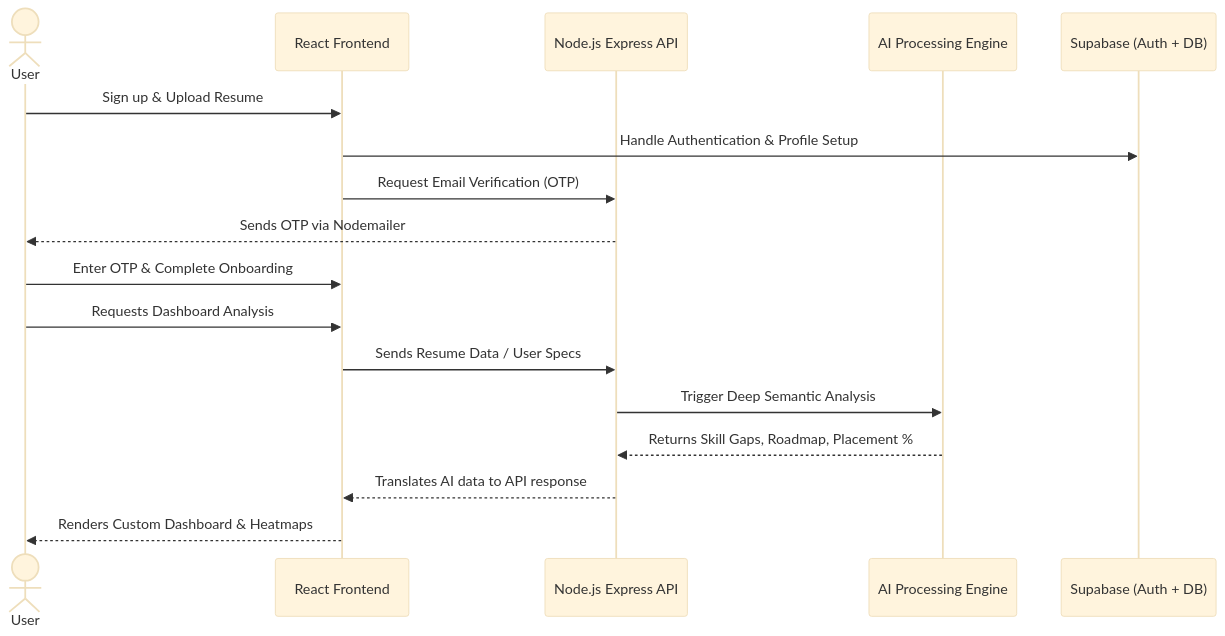
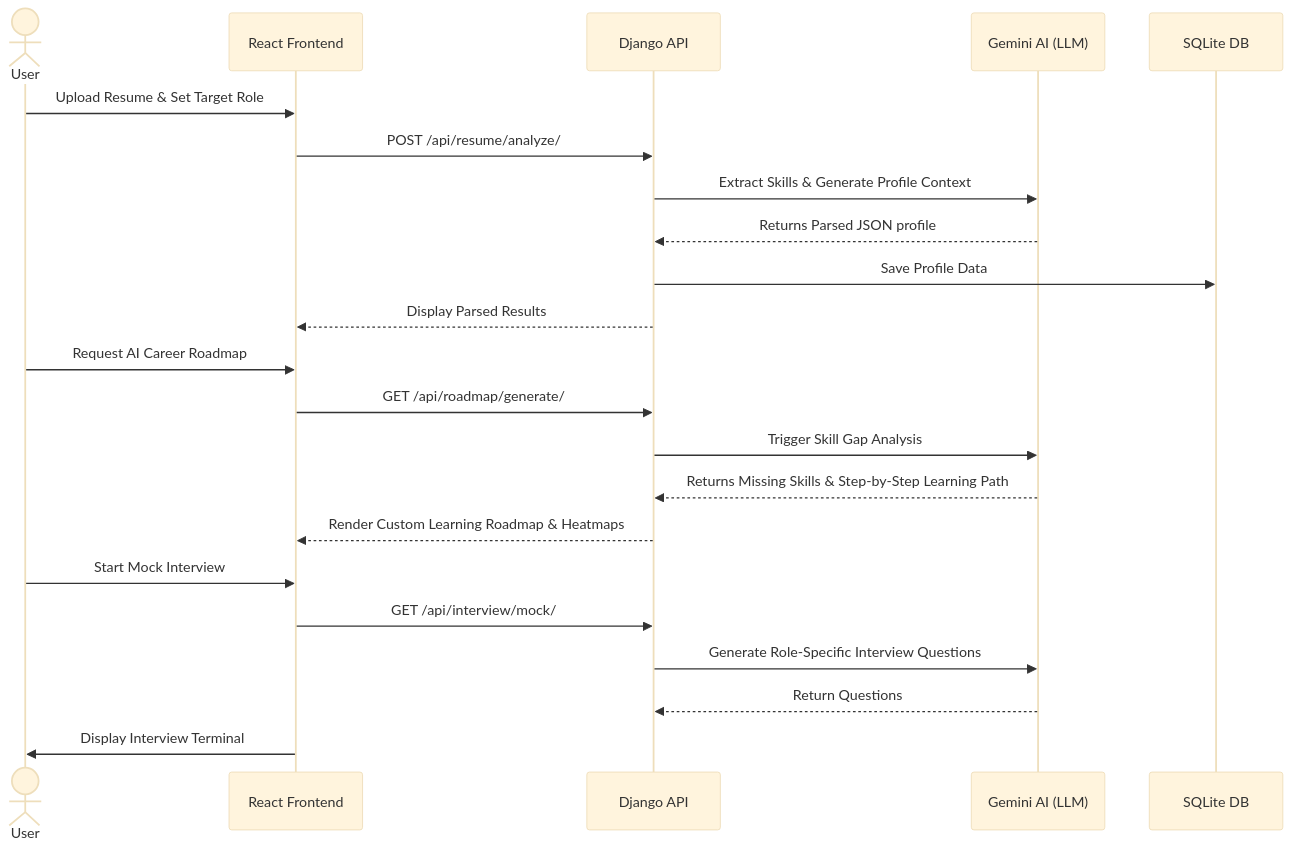
Before and after one commit to Sumanth19901/collage-final-project: the first of 2 diagrams in README.md, drawn with Mermaid (base theme). The commit also changed other lines of this file, not shown here.

Commit message:
docs: Correct backend documentation to Django and Gemini LLM

````diff
--- a/README.md
+++ b/README.md
@@ -18,21 +18,27 @@
 ```mermaid
 sequenceDiagram
     actor User
     participant Frontend as React Frontend
-    participant Backend as Node.js Express API
-    participant AI as AI Processing Engine
-    participant DB as Supabase (Auth + DB)
+    participant Backend as Django API
+    participant AI as Gemini AI (LLM)
+    participant DB as SQLite DB
 
-    User->>Frontend: Sign up & Upload Resume
-    Frontend->>DB: Handle Authentication & Profile Setup
-    Frontend->>Backend: Request Email Verification (OTP)
-    Backend-->>User: Sends OTP via Nodemailer
-    User->>Frontend: Enter OTP & Complete Onboarding
+    User->>Frontend: Upload Resume & Set Target Role
+    Frontend->>Backend: POST /api/resume/analyze/
+    Backend->>AI: Extract Skills & Generate Profile Context
+    AI-->>Backend: Returns Parsed JSON profile
+    Backend->>DB: Save Profile Data
+    Backend-->>Frontend: Display Parsed Results
 
-    User->>Frontend: Requests Dashboard Analysis
-    Frontend->>Backend: Sends Resume Data / User Specs
-    Backend->>AI: Trigger Deep Semantic Analysis
-    AI-->>Backend: Returns Skill Gaps, Roadmap, Placement %
-    Backend-->>Frontend: Translates AI data to API response
-    Frontend-->>User: Renders Custom Dashboard & Heatmaps
+    User->>Frontend: Request AI Career Roadmap
+    Frontend->>Backend: GET /api/roadmap/generate/
+    Backend->>AI: Trigger Skill Gap Analysis
+    AI-->>Backend: Returns Missing Skills & Step-by-Step Learning Path
+    Backend-->>Frontend: Render Custom Learning Roadmap & Heatmaps
+
+    User->>Frontend: Start Mock Interview
+    Frontend->>Backend: GET /api/interview/mock/
+    Backend->>AI: Generate Role-Specific Interview Questions
+    AI-->>Backend: Return Questions
+    Frontend->>User: Display Interview Terminal
 ```
````
